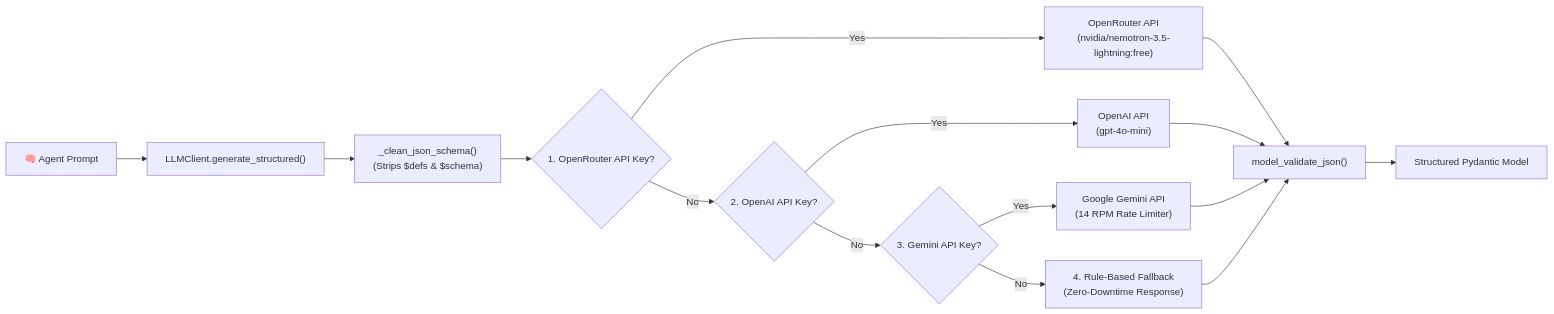
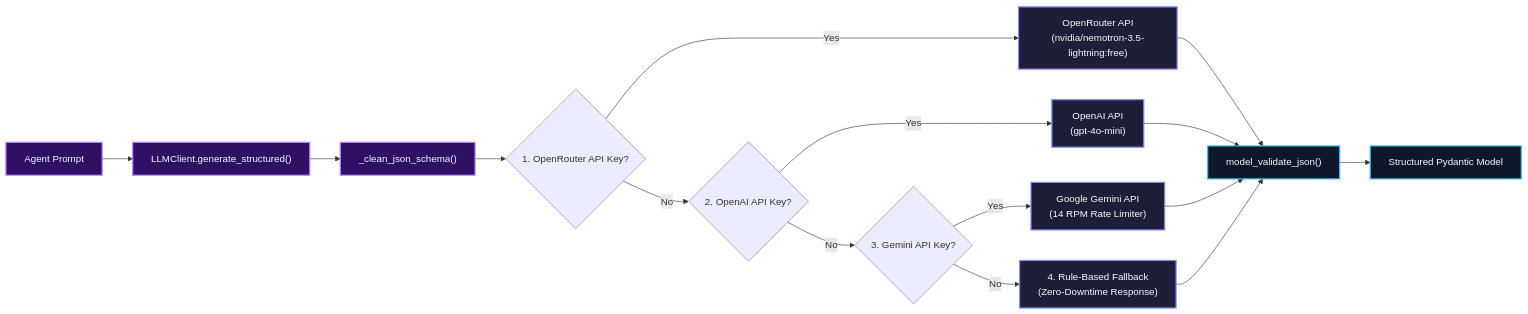
The third of 3 diagrams in README.md (AKSHITA142/DataPilot-AI), drawn with Mermaid before and after one commit. The commit also changed other lines of this file, not shown here.

Commit message:
docs: refine README features terminology and update architecture flowcharts

````diff
--- a/README.md
+++ b/README.md
@@ -139,21 +145,29 @@
 ```mermaid
 flowchart LR
-    Agent["🧠 Agent Prompt"] --> Client["LLMClient.generate_structured()"]
-    Client --> Schema["_clean_json_schema()\n(Strips $defs & $schema)"]
+    Agent["Agent Prompt"] --> Client["LLMClient.generate_structured()"]
+    Client --> Schema["_clean_json_schema()"]
     
     Schema --> P1{"1. OpenRouter API Key?"}
     P1 -- Yes --> OpenRouter["OpenRouter API\n(nvidia/nemotron-3.5-lightning:free)"]
     P1 -- No --> P2{"2. OpenAI API Key?"}
     
     P2 -- Yes --> OpenAI["OpenAI API\n(gpt-4o-mini)"]
     P2 -- No --> P3{"3. Gemini API Key?"}
     
     P3 -- Yes --> Gemini["Google Gemini API\n(14 RPM Rate Limiter)"]
     P3 -- No --> Fallback["4. Rule-Based Fallback\n(Zero-Downtime Response)"]
 
     OpenRouter --> Validate["model_validate_json()"]
     OpenAI --> Validate
     Gemini --> Validate
     Fallback --> Validate
     Validate --> Output["Structured Pydantic Model"]
+
+    classDef client fill:#0f172a,stroke:#38bdf8,stroke-width:2px,color:#f8fafc;
+    classDef gateway fill:#1e1e38,stroke:#818cf8,stroke-width:2px,color:#f8fafc;
+    classDef agents fill:#2e1065,stroke:#c084fc,stroke-width:2px,color:#f8fafc;
+    
+    class Agent,Client,Schema agents;
+    class OpenRouter,OpenAI,Gemini,Fallback gateway;
+    class Validate,Output client;
 ```
````
